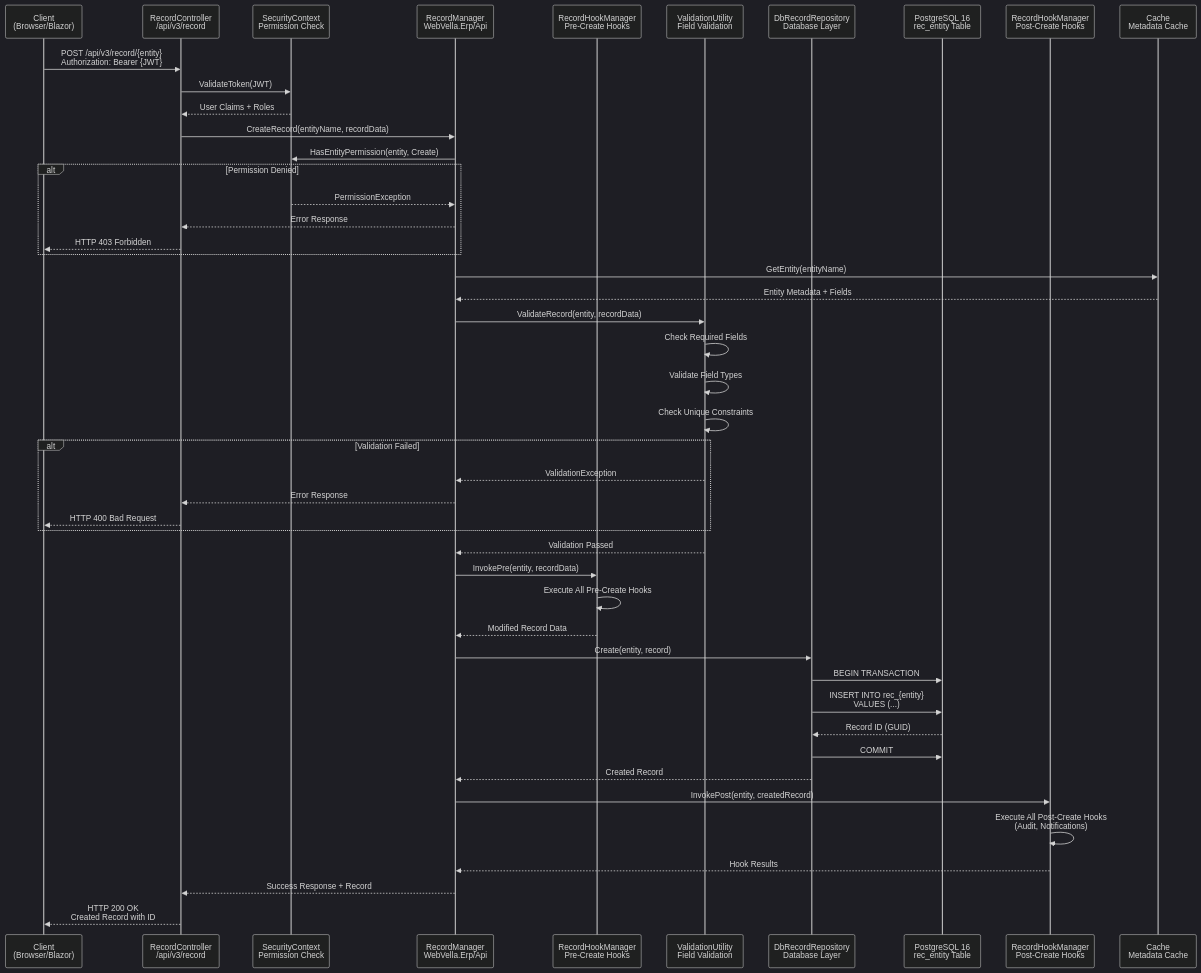
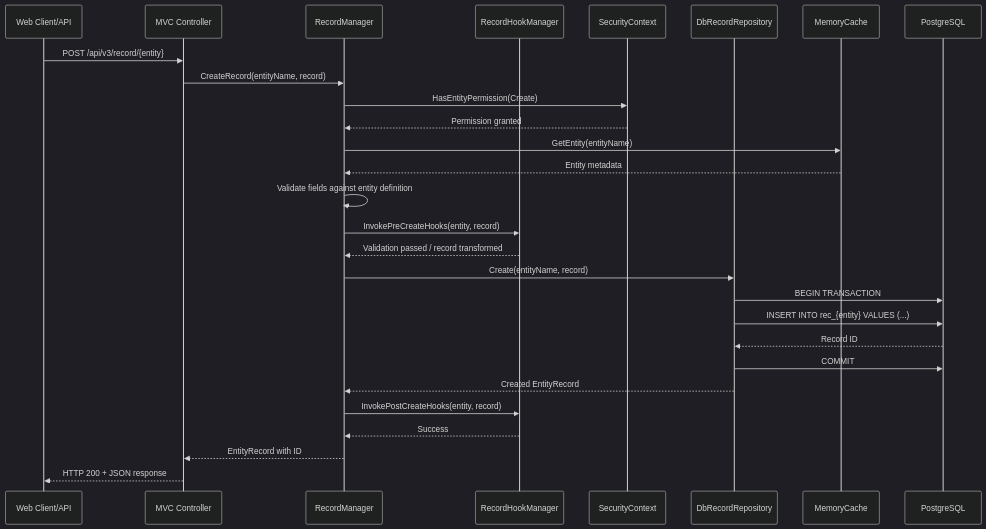
The second of 6 diagrams in docs/reverse-engineering/architecture.md (blitzy-public-samples/blitzy-WebVella-ERP), drawn with Mermaid (dark theme) before and after one commit. The commit also changed other lines of this file and 3 other files, not shown here.

````diff
--- a/docs/reverse-engineering/architecture.md
+++ b/docs/reverse-engineering/architecture.md
@@ -447,57 +460,38 @@
 ```mermaid
 sequenceDiagram
-    participant Client as Client<br/>(Browser/Blazor)
-    participant Controller as RecordController<br/>/api/v3/record
-    participant SecurityCtx as SecurityContext<br/>Permission Check
-    participant RecordMgr as RecordManager<br/>WebVella.Erp/Api
-    participant PreHooks as RecordHookManager<br/>Pre-Create Hooks
-    participant Validator as ValidationUtility<br/>Field Validation
-    participant DbRepo as DbRecordRepository<br/>Database Layer
-    participant PostgreSQL as PostgreSQL 16<br/>rec_entity Table
-    participant PostHooks as RecordHookManager<br/>Post-Create Hooks
-    participant Cache as Cache<br/>Metadata Cache
+    participant Client as Web Client/API
+    participant Controller as MVC Controller
+    participant RecordMgr as RecordManager
+    participant Hooks as RecordHookManager
+    participant Security as SecurityContext
+    participant DbRepo as DbRecordRepository
+    participant Cache as MemoryCache
+    participant DB as PostgreSQL
     
-    Client->>Controller: POST /api/v3/record/{entity}<br/>Authorization: Bearer {JWT}
-    Controller->>SecurityCtx: ValidateToken(JWT)
-    SecurityCtx-->>Controller: User Claims + Roles
+    Client->>Controller: POST /api/v3/record/{entity}
+    Controller->>RecordMgr: CreateRecord(entityName, record)
     
-    Controller->>RecordMgr: CreateRecord(entityName, recordData)
-    RecordMgr->>SecurityCtx: HasEntityPermission(entity, Create)
-    alt Permission Denied
-        SecurityCtx-->>RecordMgr: PermissionException
-        RecordMgr-->>Controller: Error Response
-        Controller-->>Client: HTTP 403 Forbidden
-    end
+    RecordMgr->>Security: HasEntityPermission(Create)
+    Security-->>RecordMgr: Permission granted
     
     RecordMgr->>Cache: GetEntity(entityName)
-    Cache-->>RecordMgr: Entity Metadata + Fields
+    Cache-->>RecordMgr: Entity metadata
     
-    RecordMgr->>Validator: ValidateRecord(entity, recordData)
-    Validator->>Validator: Check Required Fields
-    Validator->>Validator: Validate Field Types
-    Validator->>Validator: Check Unique Constraints
-    alt Validation Failed
-        Validator-->>RecordMgr: ValidationException
-        RecordMgr-->>Controller: Error Response
-        Controller-->>Client: HTTP 400 Bad Request
-    end
-    Validator-->>RecordMgr: Validation Passed
+    RecordMgr->>RecordMgr: Validate fields against entity definition
     
-    RecordMgr->>PreHooks: InvokePre(entity, recordData)
-    PreHooks->>PreHooks: Execute All Pre-Create Hooks
-    PreHooks-->>RecordMgr: Modified Record Data
+    RecordMgr->>Hooks: InvokePreCreateHooks(entity, record)
+    Hooks-->>RecordMgr: Validation passed / record transformed
     
-    RecordMgr->>DbRepo: Create(entity, record)
-    DbRepo->>PostgreSQL: BEGIN TRANSACTION
-    DbRepo->>PostgreSQL: INSERT INTO rec_{entity}<br/>VALUES (...)
-    PostgreSQL-->>DbRepo: Record ID (GUID)
-    DbRepo->>PostgreSQL: COMMIT
-    DbRepo-->>RecordMgr: Created Record
+    RecordMgr->>DbRepo: Create(entityName, record)
+    DbRepo->>DB: BEGIN TRANSACTION
+    DbRepo->>DB: INSERT INTO rec_{entity} VALUES (...)
+    DB-->>DbRepo: Record ID
+    DbRepo->>DB: COMMIT
+    DbRepo-->>RecordMgr: Created EntityRecord
     
-    RecordMgr->>PostHooks: InvokePost(entity, createdRecord)
-    PostHooks->>PostHooks: Execute All Post-Create Hooks<br/>(Audit, Notifications)
-    PostHooks-->>RecordMgr: Hook Results
+    RecordMgr->>Hooks: InvokePostCreateHooks(entity, record)
+    Hooks-->>RecordMgr: Success
     
-    RecordMgr-->>Controller: Success Response + Record
-    Controller-->>Client: HTTP 200 OK<br/>Created Record with ID
+    RecordMgr-->>Controller: EntityRecord with ID
+    Controller-->>Client: HTTP 200 + JSON response
 ```
````
